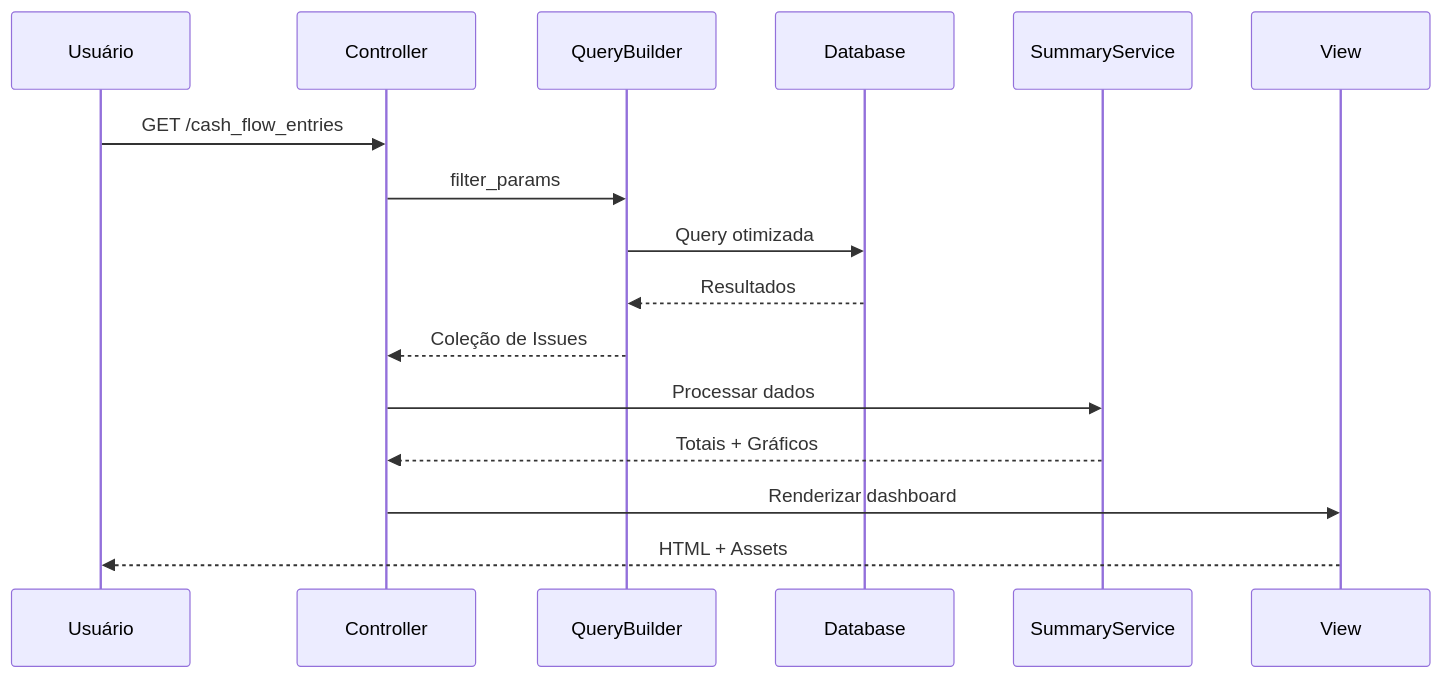
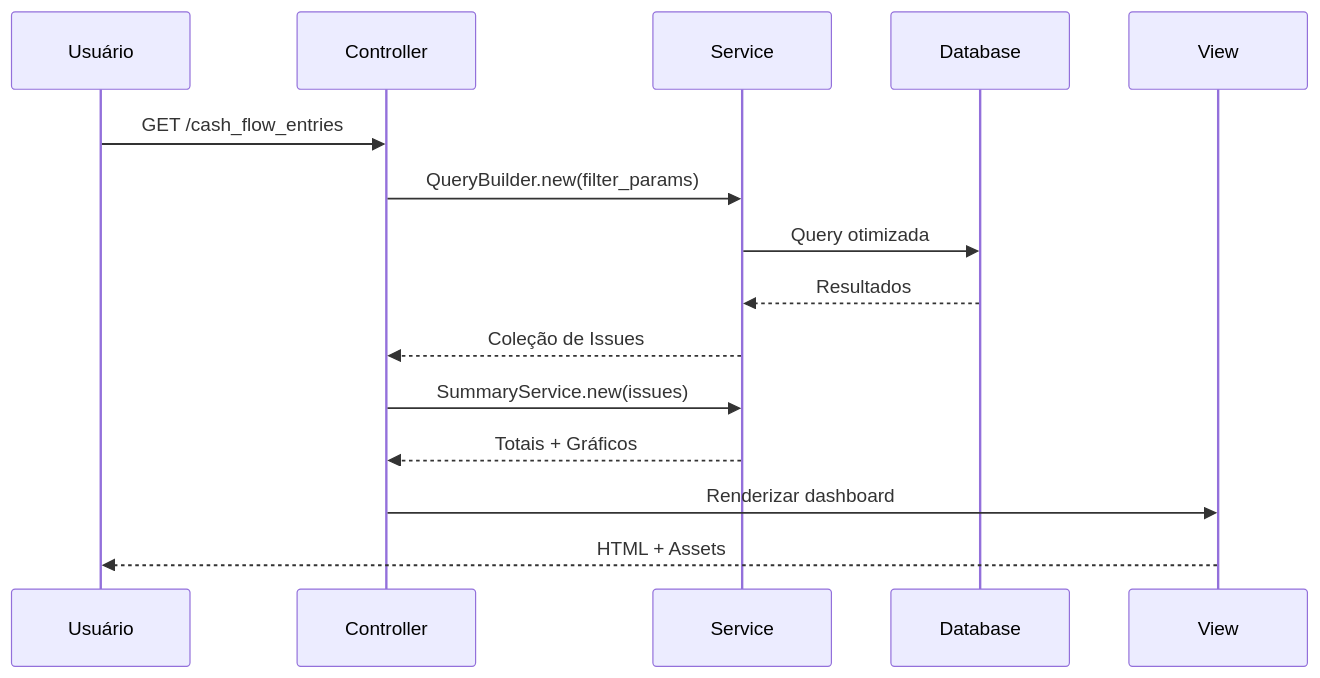
Before and after one commit to LAMP-LUCAS/foton_cash_flow: the second of 2 diagrams in docs/Descritivo.md, drawn with Mermaid. The commit also changed other lines of this file and 7 other files, not shown here.

````diff
--- a/docs/Descritivo.md
+++ b/docs/Descritivo.md
@@ -159,12 +162,12 @@
 ```mermaid
 sequenceDiagram
     Usuário->>Controller: GET /cash_flow_entries
-    Controller->>QueryBuilder: filter_params
-    QueryBuilder->>Database: Query otimizada
-    Database-->>QueryBuilder: Resultados
-    QueryBuilder-->>Controller: Coleção de Issues
-    Controller->>SummaryService: Processar dados
-    SummaryService-->>Controller: Totais + Gráficos
+    Controller->>Service: QueryBuilder.new(filter_params)
+    Service->>Database: Query otimizada
+    Database-->>Service: Resultados
+    Service-->>Controller: Coleção de Issues
+    Controller->>Service: SummaryService.new(issues)
+    Service-->>Controller: Totais + Gráficos
     Controller->>View: Renderizar dashboard
     View-->>Usuário: HTML + Assets
 ```
````
